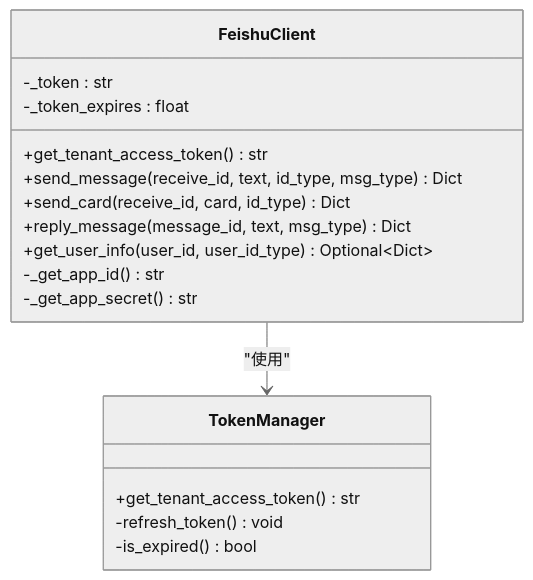
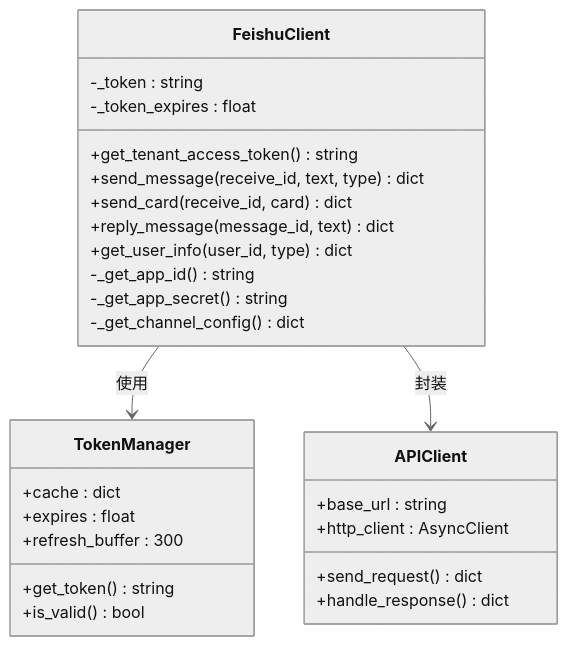
The fourth of 6 diagrams in .qoder/repowiki/zh/content/集成与扩展/飞书集成系统.md (angledick/-), drawn with Mermaid (neutral theme) before and after one commit. The commit also changed other lines of this file and 128 other files, not shown here.

````diff
--- a/.qoder/repowiki/zh/content/集成与扩展/飞书集成系统.md
+++ b/.qoder/repowiki/zh/content/集成与扩展/飞书集成系统.md
@@ -238,20 +168,30 @@
 ```mermaid
 classDiagram
 class FeishuClient {
--_token : str
+-_token : string
 -_token_expires : float
-+get_tenant_access_token() str
-+send_message(receive_id, text, id_type, msg_type) Dict
-+send_card(receive_id, card, id_type) Dict
-+reply_message(message_id, text, msg_type) Dict
-+get_user_info(user_id, user_id_type) Optional~Dict~
--_get_app_id() str
--_get_app_secret() str
++get_tenant_access_token() string
++send_message(receive_id, text, type) dict
++send_card(receive_id, card) dict
++reply_message(message_id, text) dict
++get_user_info(user_id, type) dict
+-_get_app_id() string
+-_get_app_secret() string
+-_get_channel_config() dict
 }
 class TokenManager {
-+get_tenant_access_token() str
--refresh_token() void
--is_expired() bool
++cache : dict
++expires : float
++refresh_buffer : 300
++get_token() string
++is_valid() bool
 }
-FeishuClient --> TokenManager : "使用"
+class APIClient {
++base_url : string
++http_client : AsyncClient
++send_request() dict
++handle_response() dict
+}
+FeishuClient --> TokenManager : 使用
+FeishuClient --> APIClient : 封装
 ```
````
